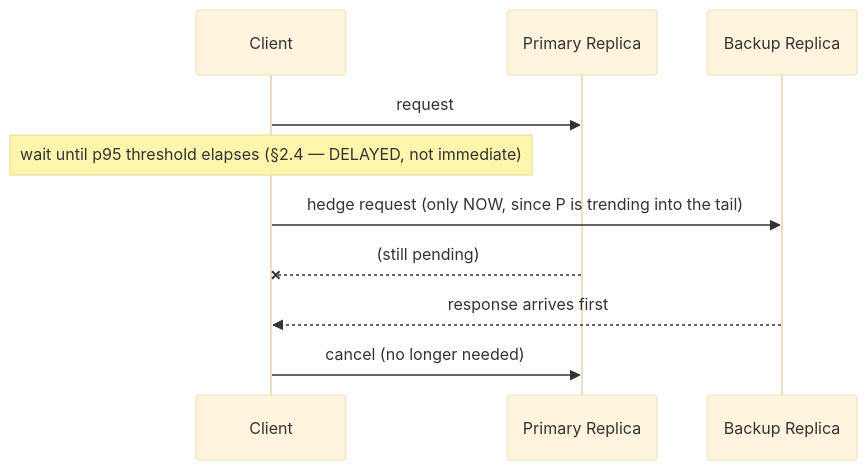
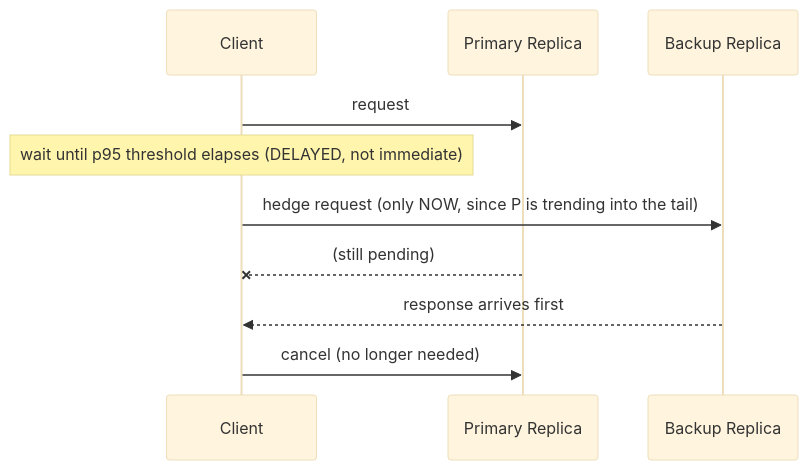
The second of 4 diagrams in 16-Distributed-Systems/06-TailLatency-HedgedRequests-TailAtScale.md (umashankarp/InterviewQuestions), drawn with Mermaid (base theme) before and after one commit. The commit also changed other lines of this file and 173 other files, not shown here.

````diff
--- a/16-Distributed-Systems/06-TailLatency-HedgedRequests-TailAtScale.md
+++ b/16-Distributed-Systems/06-TailLatency-HedgedRequests-TailAtScale.md
@@ -71,13 +71,13 @@
 ```mermaid
 sequenceDiagram
-    participant C as Client
-    participant P as Primary Replica
-    participant B as Backup Replica
+ participant C as Client
+ participant P as Primary Replica
+ participant B as Backup Replica
 
-    C->>P: request
-    Note over C: wait until p95 threshold elapses (§2.4 — DELAYED, not immediate)
-    C->>B: hedge request (only NOW, since P is trending into the tail)
-    P--xC: (still pending)
-    B-->>C: response arrives first
-    C->>P: cancel (no longer needed)
+ C->>P: request
+ Note over C: wait until p95 threshold elapses (DELAYED, not immediate)
+ C->>B: hedge request (only NOW, since P is trending into the tail)
+ P--xC: (still pending)
+ B-->>C: response arrives first
+ C->>P: cancel (no longer needed)
 ```
````
